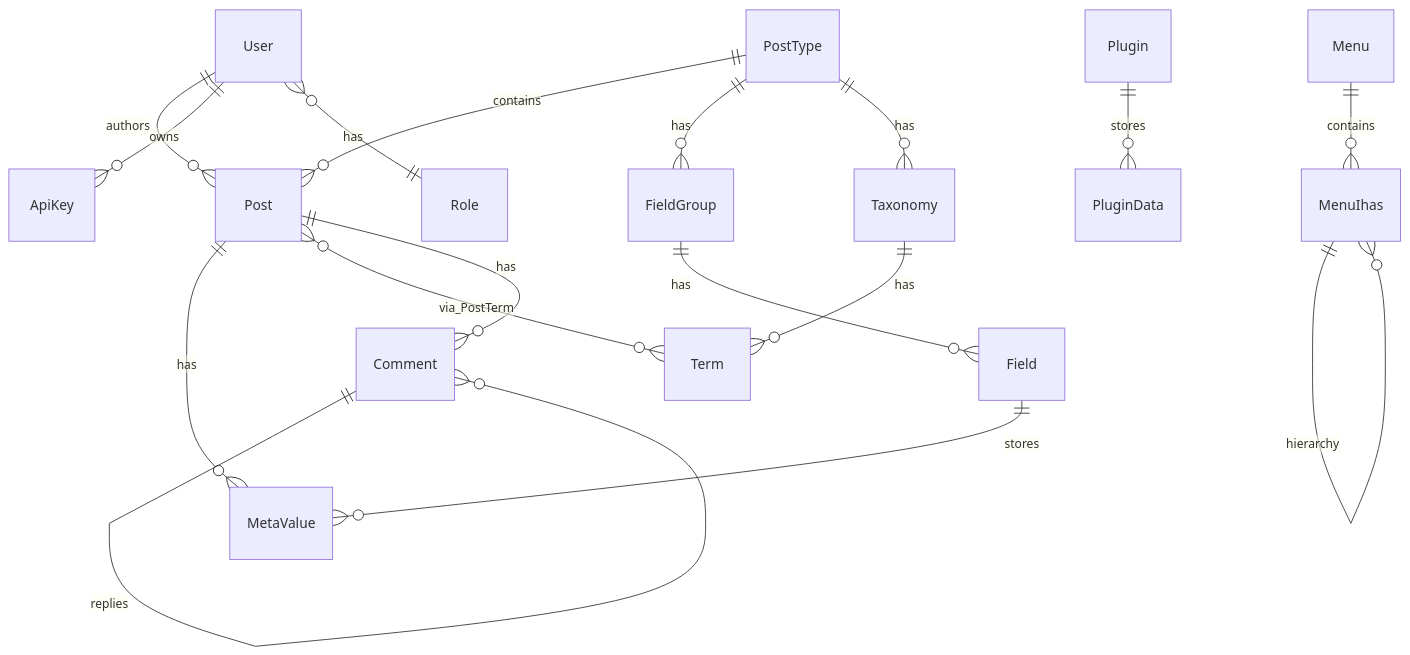
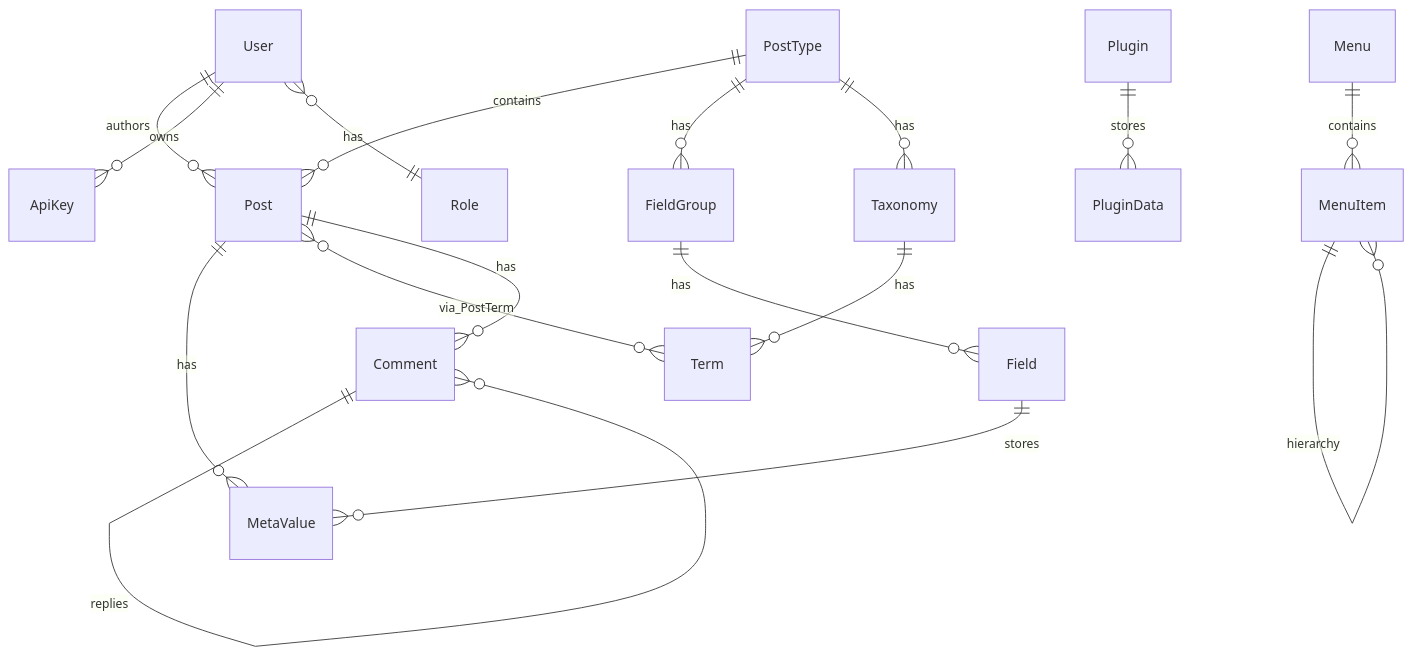
One commit to JudahAragao/blacklotuscms changed the diagram in specs/architecture/database-design.md. Above: the diagram before and after it, drawn with Mermaid. The commit also changed other lines of this file and 186 other files, not shown here.

````diff
--- a/specs/architecture/database-design.md
+++ b/specs/architecture/database-design.md
@@ -12,19 +12,19 @@
 ```mermaid
 erDiagram
     User ||--o{ Post : authors
     User ||--o{ ApiKey : owns
     User }o--|| Role : has
     PostType ||--o{ Post : contains
     PostType ||--o{ FieldGroup : has
     PostType ||--o{ Taxonomy : has
     FieldGroup ||--o{ Field : has
     Post ||--o{ MetaValue : has
     Field ||--o{ MetaValue : stores
     Taxonomy ||--o{ Term : has
     Post }o--o{ Term : via_PostTerm
     Post ||--o{ Comment : has
     Comment ||--o{ Comment : replies
     Plugin ||--o{ PluginData : stores
-    Menu ||--o{ MenuIhas : contains
-    MenuIhas ||--o{ MenuIhas : hierarchy
+    Menu ||--o{ MenuItem : contains
+    MenuItem ||--o{ MenuItem : hierarchy
 ```
````
